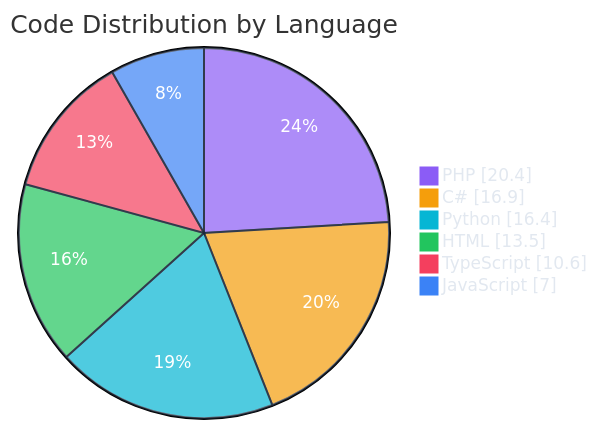
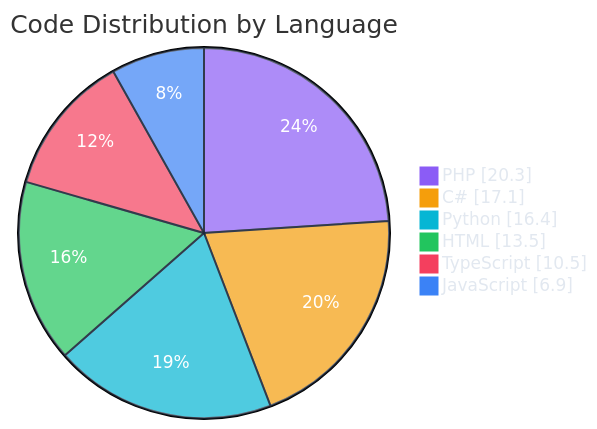
The second of 7 diagrams in README.md (polo-nyan/polo-nyan), drawn with Mermaid before and after one commit. The commit also changed other lines of this file and 1 other file, not shown here.

````diff
--- a/README.md
+++ b/README.md
@@ -229,11 +229,11 @@
 ```mermaid
 %%{init: {"theme": "base", "themeVariables": { "pie1": "#8b5cf6", "pie2": "#f59e0b", "pie3": "#06b6d4", "pie4": "#22c55e", "pie5": "#f43f5e", "pie6": "#3b82f6", "pie7": "#ec4899", "pieTextColor": "#ffffff", "pieLegendTextColor": "#e2e8f0", "pieSectionTextColor": "#ffffff", "pieStrokeColor": "#1e293b" }}}%%
 pie showData
     title Code Distribution by Language
-    "PHP" : 20.4
-    "C#" : 16.9
+    "PHP" : 20.3
+    "C#" : 17.1
     "Python" : 16.4
     "HTML" : 13.5
-    "TypeScript" : 10.6
-    "JavaScript" : 7.0
+    "TypeScript" : 10.5
+    "JavaScript" : 6.9
 ```
````
